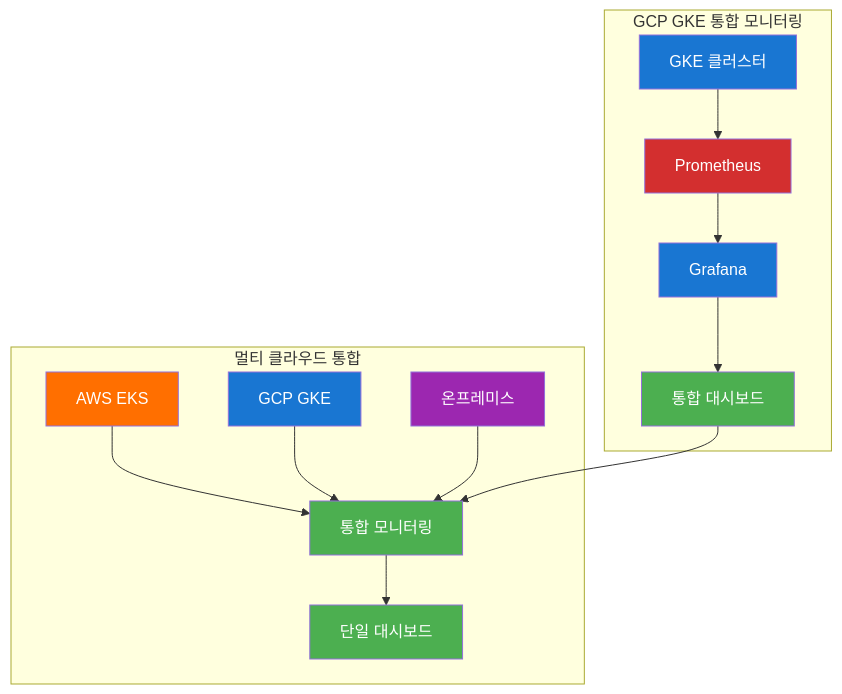
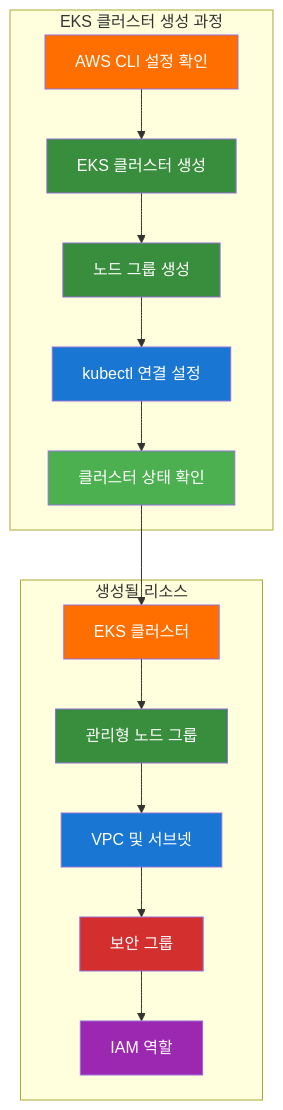
The sixth of 9 diagrams in mcp_knowledge_base/cloud_intermediate/lectures/day2/Day2_통합강의안_오후.md (jungfrau70/mcp_cloud), drawn with Mermaid before and after one commit. The commit also changed other lines of this file, not shown here.

````diff
--- a/mcp_knowledge_base/cloud_intermediate/lectures/day2/Day2_통합강의안_오후.md
+++ b/mcp_knowledge_base/cloud_intermediate/lectures/day2/Day2_통합강의안_오후.md
@@ -486,27 +464,29 @@
 ```mermaid
 flowchart TD
-    subgraph "GCP GKE 통합 모니터링"
-        A["GKE 클러스터"] --> B["Prometheus"]
-        B --> C["Grafana"]
-        C --> D["통합 대시보드"]
+    subgraph "EKS 클러스터 생성 과정"
+        A["AWS CLI 설정 확인"] --> B["EKS 클러스터 생성"]
+        B --> C["노드 그룹 생성"]
+        C --> D["kubectl 연결 설정"]
+        D --> E["클러스터 상태 확인"]
     end
     
-    subgraph "멀티 클라우드 통합"
-        E["AWS EKS"] --> F["통합 모니터링"]
-        G["GCP GKE"] --> F
-        H["온프레미스"] --> F
-        F --> I["단일 대시보드"]
+    subgraph "생성될 리소스"
+        F["EKS 클러스터"] --> G["관리형 노드 그룹"]
+        G --> H["VPC 및 서브넷"]
+        H --> I["보안 그룹"]
+        I --> J["IAM 역할"]
     end
     
-    D --> F
+    E --> F
     
-    style A fill:#1976d2,color:#ffffff
-    style B fill:#d32f2f,color:#ffffff
-    style C fill:#1976d2,color:#ffffff
-    style D fill:#4caf50,color:#ffffff
-    style E fill:#ff6f00,color:#ffffff
-    style F fill:#4caf50,color:#ffffff
-    style G fill:#1976d2,color:#ffffff
-    style H fill:#9c27b0,color:#ffffff
-    style I fill:#4caf50,color:#ffffff
+    style A fill:#ff6f00,color:#ffffff
+    style B fill:#388e3c,color:#ffffff
+    style C fill:#388e3c,color:#ffffff
+    style D fill:#1976d2,color:#ffffff
+    style E fill:#4caf50,color:#ffffff
+    style F fill:#ff6f00,color:#ffffff
+    style G fill:#388e3c,color:#ffffff
+    style H fill:#1976d2,color:#ffffff
+    style I fill:#d32f2f,color:#ffffff
+    style J fill:#9c27b0,color:#ffffff
 ```
````
